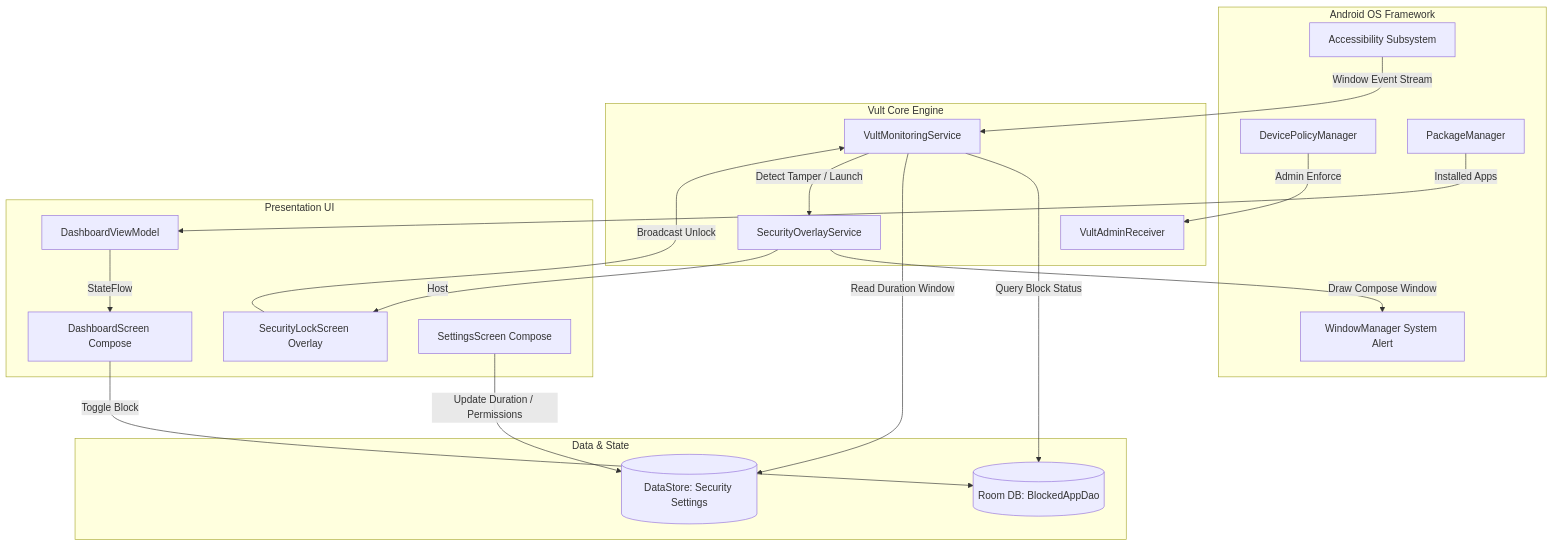
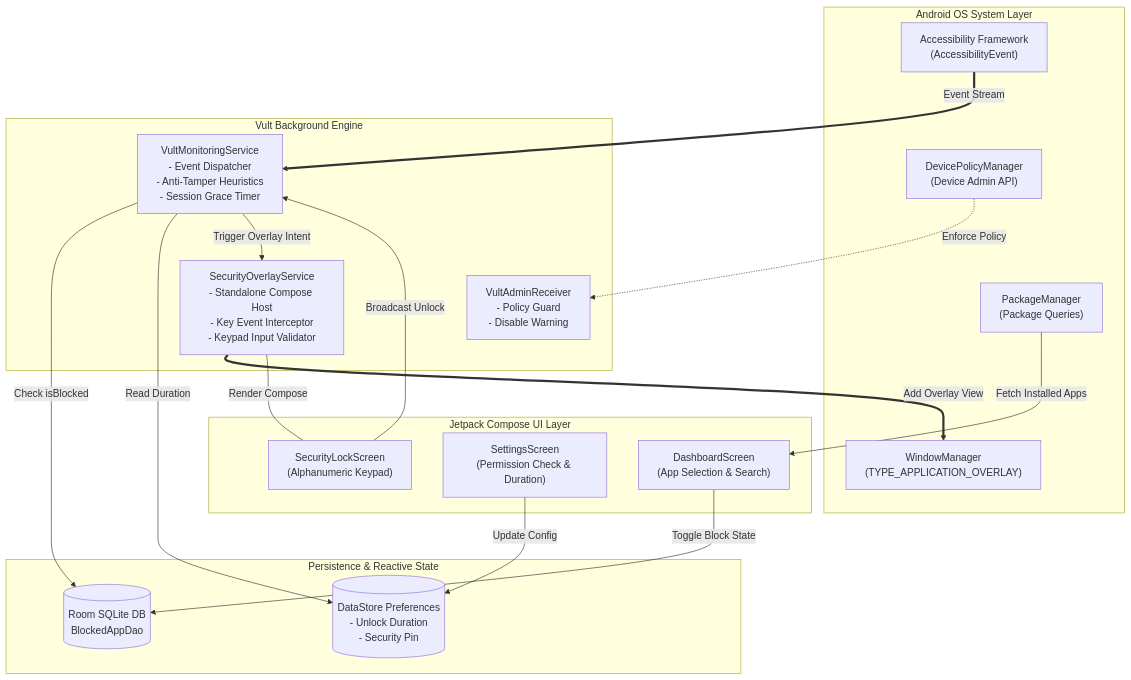
The first of 2 diagrams in README.md (ajlaanayan-crypto/Vult), drawn with Mermaid before and after one commit. The commit also changed other lines of this file, not shown here.

Commit message:
docs: enrich README with interactive diagrams, testing matrix, architecture deep-dive and roadmap

````diff
--- a/README.md
+++ b/README.md
@@ -58,40 +115,38 @@
 ```mermaid
-flowchart TD
-    subgraph Android OS Framework
-        AS[Accessibility Subsystem]
-        WM[WindowManager System Alert]
-        DPM[DevicePolicyManager]
-        PM[PackageManager]
+flowchart TB
+    subgraph OS_Layer ["Android OS System Layer"]
+        ACC["Accessibility Framework<br/>(AccessibilityEvent)"]
+        WM["WindowManager<br/>(TYPE_APPLICATION_OVERLAY)"]
+        DPM["DevicePolicyManager<br/>(Device Admin API)"]
+        PKGM["PackageManager<br/>(Package Queries)"]
     end
 
-    subgraph Vult Core Engine
-        VMS[VultMonitoringService]
-        SOS[SecurityOverlayService]
-        VAR[VultAdminReceiver]
+    subgraph Service_Core ["Vult Background Engine"]
+        VMS["VultMonitoringService<br/>- Event Dispatcher<br/>- Anti-Tamper Heuristics<br/>- Session Grace Timer"]
+        SOS["SecurityOverlayService<br/>- Standalone Compose Host<br/>- Key Event Interceptor<br/>- Keypad Input Validator"]
+        VAR["VultAdminReceiver<br/>- Policy Guard<br/>- Disable Warning"]
     end
 
-    subgraph Data & State
-        DB[(Room DB: BlockedAppDao)]
-        DS[(DataStore: Security Settings)]
+    subgraph Persistence ["Persistence & Reactive State"]
+        ROOM[("Room SQLite DB<br/>BlockedAppDao")]
+        DATASTORE[("DataStore Preferences<br/>- Unlock Duration<br/>- Security Pin")]
     end
 
-    subgraph Presentation UI
-        DVM[DashboardViewModel]
-        DASH[DashboardScreen Compose]
-        LOCK[SecurityLockScreen Overlay]
-        SETT[SettingsScreen Compose]
+    subgraph Compose_UI ["Jetpack Compose UI Layer"]
+        DASH["DashboardScreen<br/>(App Selection & Search)"]
+        SETT["SettingsScreen<br/>(Permission Check & Duration)"]
+        LOCK["SecurityLockScreen<br/>(Alphanumeric Keypad)"]
     end
 
-    AS -->|Window Event Stream| VMS
-    VMS -->|Query Block Status| DB
-    VMS -->|Read Duration Window| DS
-    VMS -->|Detect Tamper / Launch| SOS
-    SOS -->|Draw Compose Window| WM
-    SOS -->|Host| LOCK
+    ACC ==>|Event Stream| VMS
+    VMS -->|Check isBlocked| ROOM
+    VMS -->|Read Duration| DATASTORE
+    VMS -->|Trigger Overlay Intent| SOS
+    SOS ==>|Add Overlay View| WM
+    SOS ---|Render Compose| LOCK
     LOCK -->|Broadcast Unlock| VMS
-    DPM -->|Admin Enforce| VAR
-    PM -->|Installed Apps| DVM
-    DVM -->|StateFlow| DASH
-    DASH -->|Toggle Block| DB
-    SETT -->|Update Duration / Permissions| DS
+    DPM -.->|Enforce Policy| VAR
+    PKGM -->|Fetch Installed Apps| DASH
+    DASH -->|Toggle Block State| ROOM
+    SETT -->|Update Config| DATASTORE
 ```
````
